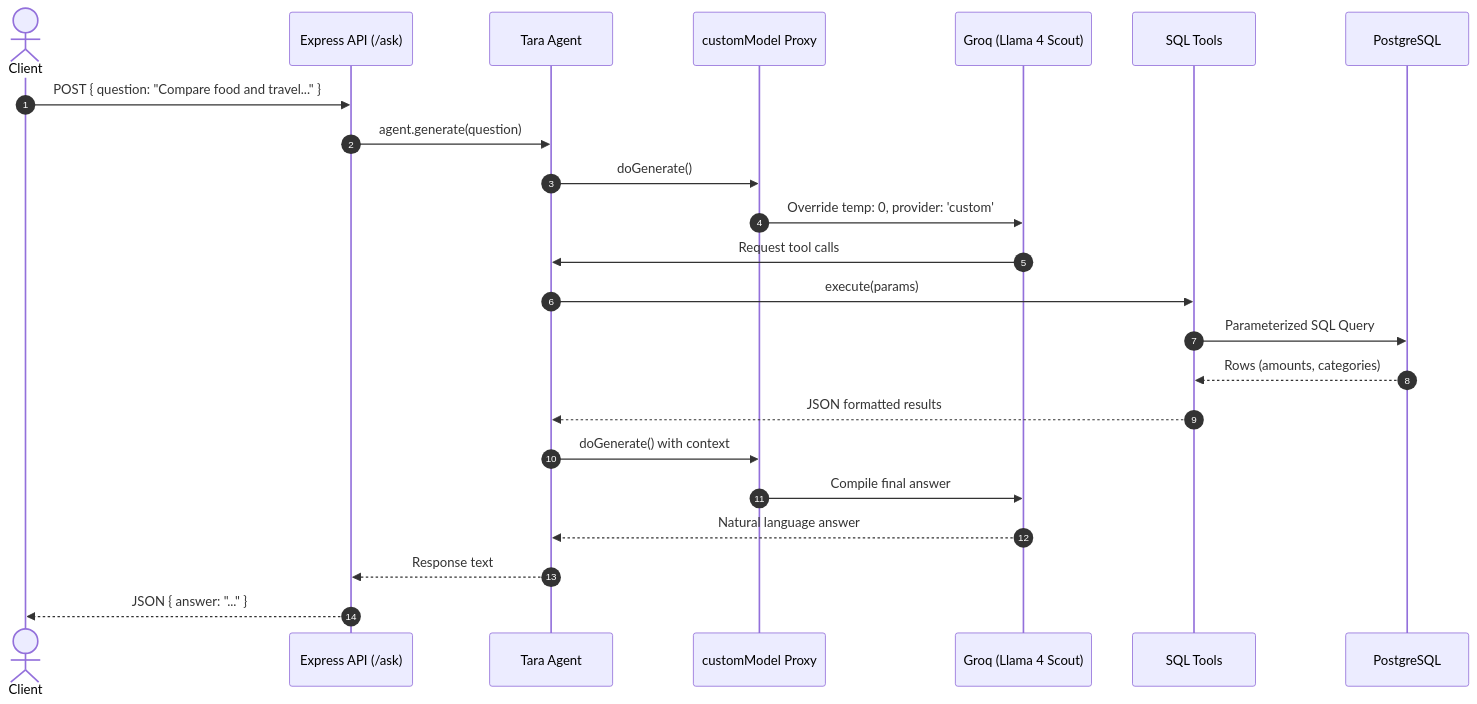
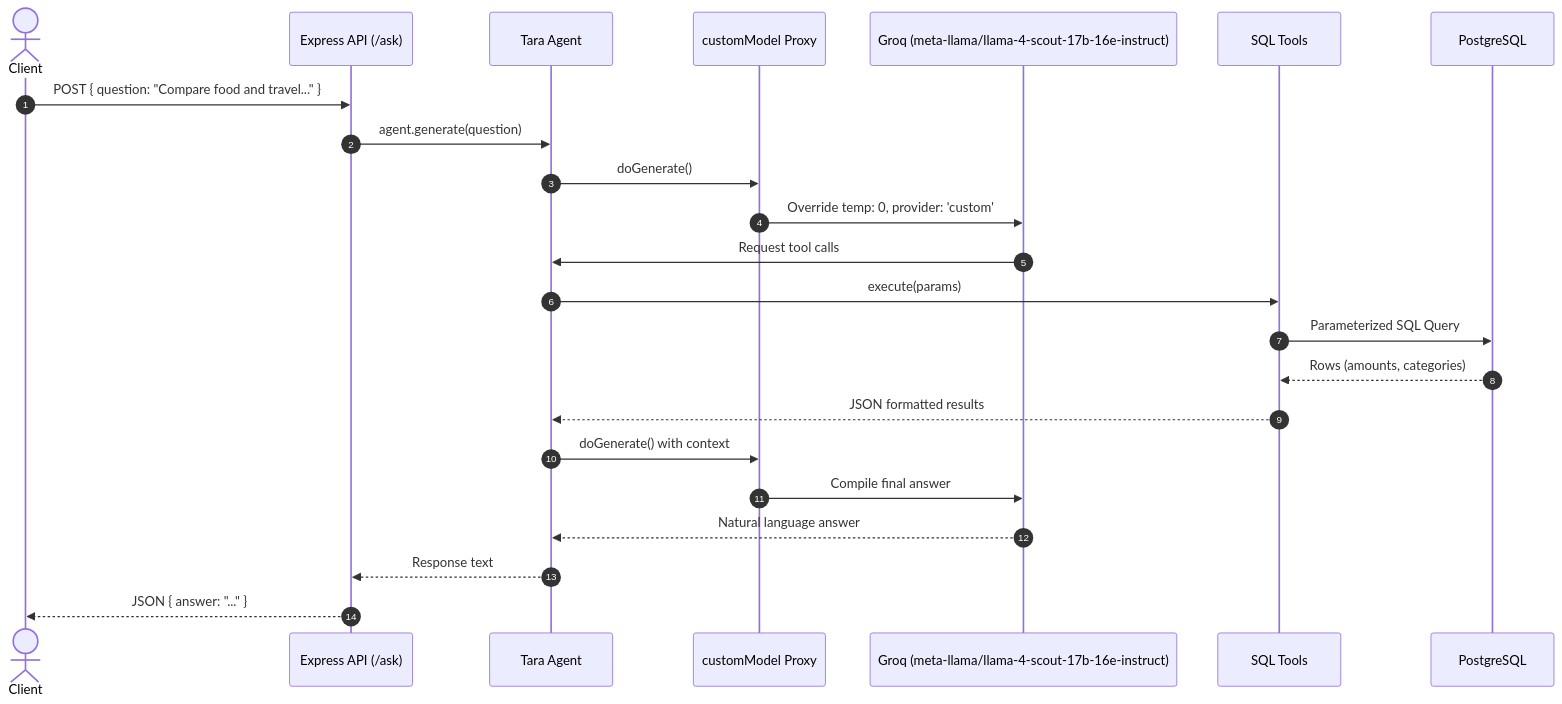
Before and after one commit to styris12/tara-finance-agent: the first of 2 diagrams in DESIGN.md, drawn with Mermaid. The commit also changed other lines of this file and 1 other file, not shown here.

Commit message:
docs: improve flowcharts, system requirements, observability, and deployment tradeoffs

````diff
--- a/DESIGN.md
+++ b/DESIGN.md
@@ -11,26 +11,26 @@
 ```mermaid
 sequenceDiagram
     autonumber
     actor User as Client
     participant API as Express API (/ask)
     participant Agent as Tara Agent
     participant Proxy as customModel Proxy
-    participant LLM as Groq (Llama 4 Scout)
+    participant LLM as Groq (meta-llama/llama-4-scout-17b-16e-instruct)
     participant Tools as SQL Tools
     participant DB as PostgreSQL
 
     User->>API: POST { question: "Compare food and travel..." }
     API->>Agent: agent.generate(question)
     Agent->>Proxy: doGenerate()
     Proxy->>LLM: Override temp: 0, provider: 'custom'
     LLM->>Agent: Request tool calls
     Agent->>Tools: execute(params)
     Tools->>DB: Parameterized SQL Query
     DB-->>Tools: Rows (amounts, categories)
     Tools-->>Agent: JSON formatted results
     Agent->>Proxy: doGenerate() with context
     Proxy->>LLM: Compile final answer
     LLM-->>Agent: Natural language answer
     Agent-->>API: Response text
     API-->>User: JSON { answer: "..." }
 ```
````
